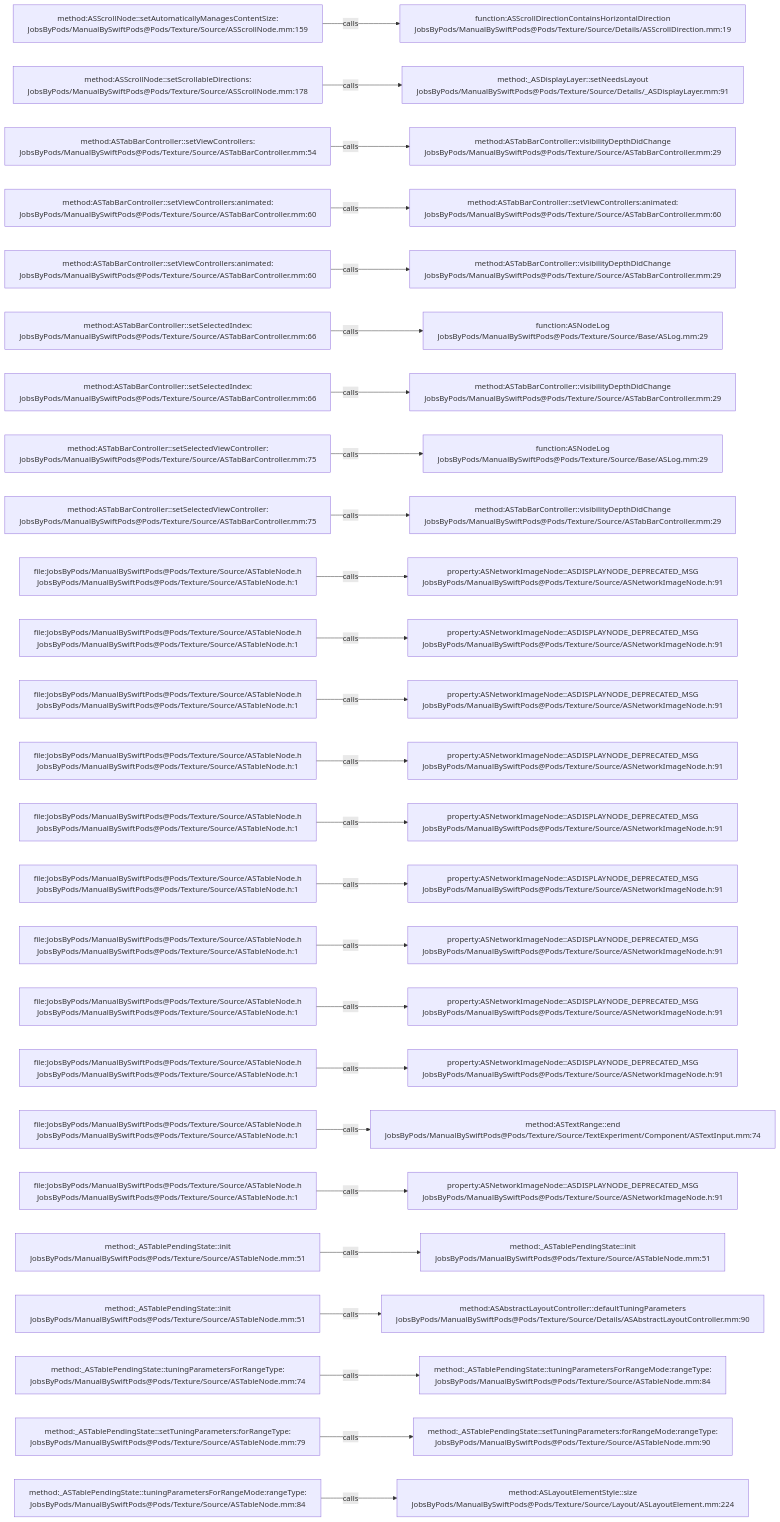
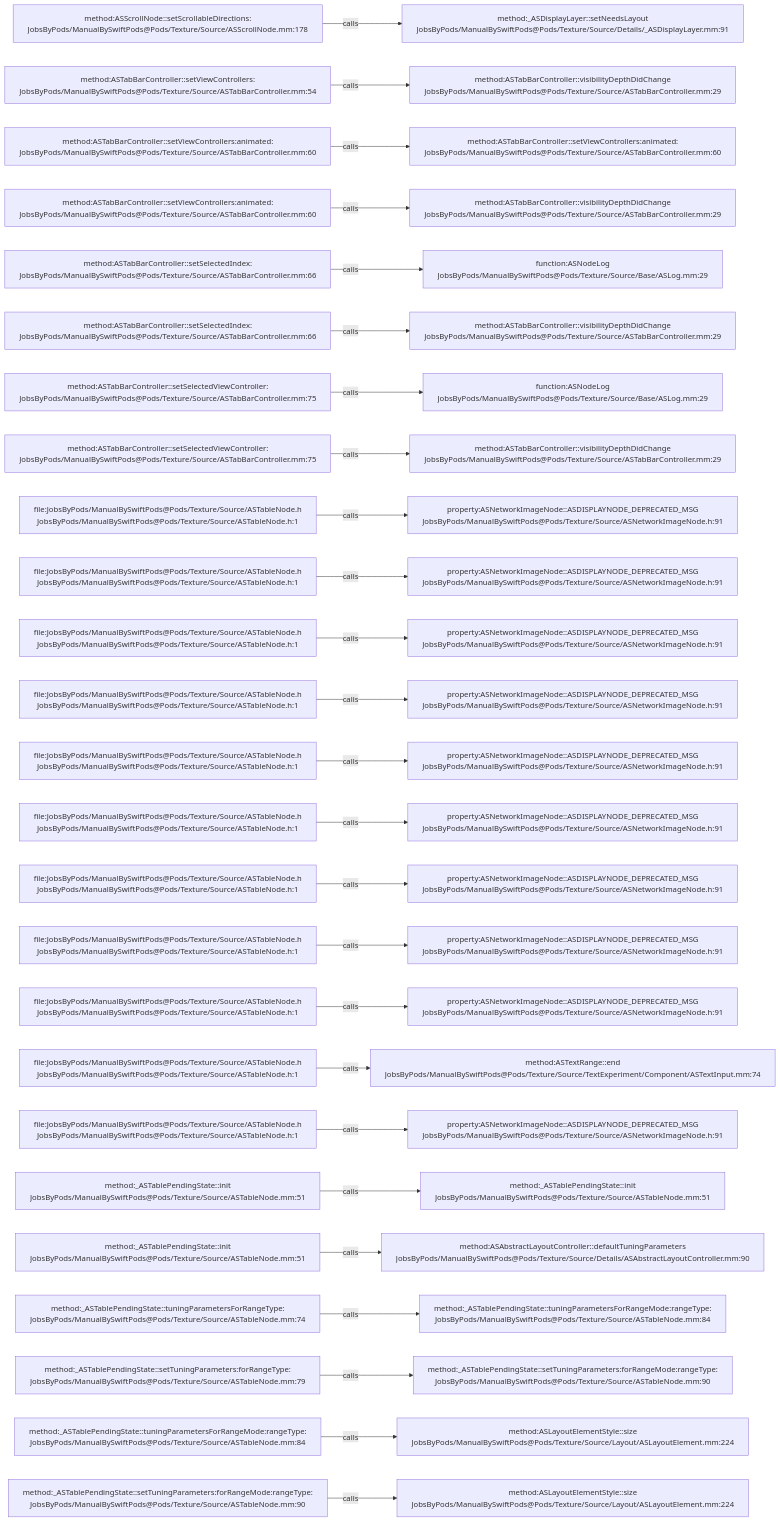
One commit to JobsKits/JobsSwiftBaseConfigDemo changed the diagram in .codegraph/codegraph.md/graphs/calls-054.md. Above: the diagram before and after it, drawn with Mermaid. The commit also changed 747 other files, not shown here.

````diff
--- a/.codegraph/codegraph.md/graphs/calls-054.md
+++ b/.codegraph/codegraph.md/graphs/calls-054.md
@@ -13,78 +13,78 @@
 ```mermaid
 flowchart LR
-  S1["method:ASScrollNode::setAutomaticallyManagesContentSize:<br/>JobsByPods/ManualBySwiftPods@Pods/Texture/Source/ASScrollNode.mm:159"]
-  T1["function:ASScrollDirectionContainsHorizontalDirection<br/>JobsByPods/ManualBySwiftPods@Pods/Texture/Source/Details/ASScrollDirection.mm:19"]
+  S1["method:ASScrollNode::setScrollableDirections:<br/>JobsByPods/ManualBySwiftPods@Pods/Texture/Source/ASScrollNode.mm:178"]
+  T1["method:_ASDisplayLayer::setNeedsLayout<br/>JobsByPods/ManualBySwiftPods@Pods/Texture/Source/Details/_ASDisplayLayer.mm:91"]
   S1 -->|calls| T1
-  S2["method:ASScrollNode::setScrollableDirections:<br/>JobsByPods/ManualBySwiftPods@Pods/Texture/Source/ASScrollNode.mm:178"]
-  T2["method:_ASDisplayLayer::setNeedsLayout<br/>JobsByPods/ManualBySwiftPods@Pods/Texture/Source/Details/_ASDisplayLayer.mm:91"]
+  S2["method:ASTabBarController::setViewControllers:<br/>JobsByPods/ManualBySwiftPods@Pods/Texture/Source/ASTabBarController.mm:54"]
+  T2["method:ASTabBarController::visibilityDepthDidChange<br/>JobsByPods/ManualBySwiftPods@Pods/Texture/Source/ASTabBarController.mm:29"]
   S2 -->|calls| T2
-  S3["method:ASTabBarController::setViewControllers:<br/>JobsByPods/ManualBySwiftPods@Pods/Texture/Source/ASTabBarController.mm:54"]
-  T3["method:ASTabBarController::visibilityDepthDidChange<br/>JobsByPods/ManualBySwiftPods@Pods/Texture/Source/ASTabBarController.mm:29"]
+  S3["method:ASTabBarController::setViewControllers:animated:<br/>JobsByPods/ManualBySwiftPods@Pods/Texture/Source/ASTabBarController.mm:60"]
+  T3["method:ASTabBarController::setViewControllers:animated:<br/>JobsByPods/ManualBySwiftPods@Pods/Texture/Source/ASTabBarController.mm:60"]
   S3 -->|calls| T3
   S4["method:ASTabBarController::setViewControllers:animated:<br/>JobsByPods/ManualBySwiftPods@Pods/Texture/Source/ASTabBarController.mm:60"]
-  T4["method:ASTabBarController::setViewControllers:animated:<br/>JobsByPods/ManualBySwiftPods@Pods/Texture/Source/ASTabBarController.mm:60"]
+  T4["method:ASTabBarController::visibilityDepthDidChange<br/>JobsByPods/ManualBySwiftPods@Pods/Texture/Source/ASTabBarController.mm:29"]
   S4 -->|calls| T4
-  S5["method:ASTabBarController::setViewControllers:animated:<br/>JobsByPods/ManualBySwiftPods@Pods/Texture/Source/ASTabBarController.mm:60"]
-  T5["method:ASTabBarController::visibilityDepthDidChange<br/>JobsByPods/ManualBySwiftPods@Pods/Texture/Source/ASTabBarController.mm:29"]
+  S5["method:ASTabBarController::setSelectedIndex:<br/>JobsByPods/ManualBySwiftPods@Pods/Texture/Source/ASTabBarController.mm:66"]
+  T5["function:ASNodeLog<br/>JobsByPods/ManualBySwiftPods@Pods/Texture/Source/Base/ASLog.mm:29"]
   S5 -->|calls| T5
   S6["method:ASTabBarController::setSelectedIndex:<br/>JobsByPods/ManualBySwiftPods@Pods/Texture/Source/ASTabBarController.mm:66"]
-  T6["function:ASNodeLog<br/>JobsByPods/ManualBySwiftPods@Pods/Texture/Source/Base/ASLog.mm:29"]
+  T6["method:ASTabBarController::visibilityDepthDidChange<br/>JobsByPods/ManualBySwiftPods@Pods/Texture/Source/ASTabBarController.mm:29"]
   S6 -->|calls| T6
-  S7["method:ASTabBarController::setSelectedIndex:<br/>JobsByPods/ManualBySwiftPods@Pods/Texture/Source/ASTabBarController.mm:66"]
-  T7["method:ASTabBarController::visibilityDepthDidChange<br/>JobsByPods/ManualBySwiftPods@Pods/Texture/Source/ASTabBarController.mm:29"]
+  S7["method:ASTabBarController::setSelectedViewController:<br/>JobsByPods/ManualBySwiftPods@Pods/Texture/Source/ASTabBarController.mm:75"]
+  T7["function:ASNodeLog<br/>JobsByPods/ManualBySwiftPods@Pods/Texture/Source/Base/ASLog.mm:29"]
   S7 -->|calls| T7
   S8["method:ASTabBarController::setSelectedViewController:<br/>JobsByPods/ManualBySwiftPods@Pods/Texture/Source/ASTabBarController.mm:75"]
-  T8["function:ASNodeLog<br/>JobsByPods/ManualBySwiftPods@Pods/Texture/Source/Base/ASLog.mm:29"]
+  T8["method:ASTabBarController::visibilityDepthDidChange<br/>JobsByPods/ManualBySwiftPods@Pods/Texture/Source/ASTabBarController.mm:29"]
   S8 -->|calls| T8
-  S9["method:ASTabBarController::setSelectedViewController:<br/>JobsByPods/ManualBySwiftPods@Pods/Texture/Source/ASTabBarController.mm:75"]
-  T9["method:ASTabBarController::visibilityDepthDidChange<br/>JobsByPods/ManualBySwiftPods@Pods/Texture/Source/ASTabBarController.mm:29"]
+  S9["file:JobsByPods/ManualBySwiftPods@Pods/Texture/Source/ASTableNode.h<br/>JobsByPods/ManualBySwiftPods@Pods/Texture/Source/ASTableNode.h:1"]
+  T9["property:ASNetworkImageNode::ASDISPLAYNODE_DEPRECATED_MSG<br/>JobsByPods/ManualBySwiftPods@Pods/Texture/Source/ASNetworkImageNode.h:91"]
   S9 -->|calls| T9
   S10["file:JobsByPods/ManualBySwiftPods@Pods/Texture/Source/ASTableNode.h<br/>JobsByPods/ManualBySwiftPods@Pods/Texture/Source/ASTableNode.h:1"]
   T10["property:ASNetworkImageNode::ASDISPLAYNODE_DEPRECATED_MSG<br/>JobsByPods/ManualBySwiftPods@Pods/Texture/Source/ASNetworkImageNode.h:91"]
   S10 -->|calls| T10
   S11["file:JobsByPods/ManualBySwiftPods@Pods/Texture/Source/ASTableNode.h<br/>JobsByPods/ManualBySwiftPods@Pods/Texture/Source/ASTableNode.h:1"]
   T11["property:ASNetworkImageNode::ASDISPLAYNODE_DEPRECATED_MSG<br/>JobsByPods/ManualBySwiftPods@Pods/Texture/Source/ASNetworkImageNode.h:91"]
   S11 -->|calls| T11
   S12["file:JobsByPods/ManualBySwiftPods@Pods/Texture/Source/ASTableNode.h<br/>JobsByPods/ManualBySwiftPods@Pods/Texture/Source/ASTableNode.h:1"]
   T12["property:ASNetworkImageNode::ASDISPLAYNODE_DEPRECATED_MSG<br/>JobsByPods/ManualBySwiftPods@Pods/Texture/Source/ASNetworkImageNode.h:91"]
   S12 -->|calls| T12
   S13["file:JobsByPods/ManualBySwiftPods@Pods/Texture/Source/ASTableNode.h<br/>JobsByPods/ManualBySwiftPods@Pods/Texture/Source/ASTableNode.h:1"]
   T13["property:ASNetworkImageNode::ASDISPLAYNODE_DEPRECATED_MSG<br/>JobsByPods/ManualBySwiftPods@Pods/Texture/Source/ASNetworkImageNode.h:91"]
   S13 -->|calls| T13
   S14["file:JobsByPods/ManualBySwiftPods@Pods/Texture/Source/ASTableNode.h<br/>JobsByPods/ManualBySwiftPods@Pods/Texture/Source/ASTableNode.h:1"]
   T14["property:ASNetworkImageNode::ASDISPLAYNODE_DEPRECATED_MSG<br/>JobsByPods/ManualBySwiftPods@Pods/Texture/Source/ASNetworkImageNode.h:91"]
   S14 -->|calls| T14
   S15["file:JobsByPods/ManualBySwiftPods@Pods/Texture/Source/ASTableNode.h<br/>JobsByPods/ManualBySwiftPods@Pods/Texture/Source/ASTableNode.h:1"]
   T15["property:ASNetworkImageNode::ASDISPLAYNODE_DEPRECATED_MSG<br/>JobsByPods/ManualBySwiftPods@Pods/Texture/Source/ASNetworkImageNode.h:91"]
   S15 -->|calls| T15
   S16["file:JobsByPods/ManualBySwiftPods@Pods/Texture/Source/ASTableNode.h<br/>JobsByPods/ManualBySwiftPods@Pods/Texture/Source/ASTableNode.h:1"]
   T16["property:ASNetworkImageNode::ASDISPLAYNODE_DEPRECATED_MSG<br/>JobsByPods/ManualBySwiftPods@Pods/Texture/Source/ASNetworkImageNode.h:91"]
   S16 -->|calls| T16
   S17["file:JobsByPods/ManualBySwiftPods@Pods/Texture/Source/ASTableNode.h<br/>JobsByPods/ManualBySwiftPods@Pods/Texture/Source/ASTableNode.h:1"]
   T17["property:ASNetworkImageNode::ASDISPLAYNODE_DEPRECATED_MSG<br/>JobsByPods/ManualBySwiftPods@Pods/Texture/Source/ASNetworkImageNode.h:91"]
   S17 -->|calls| T17
   S18["file:JobsByPods/ManualBySwiftPods@Pods/Texture/Source/ASTableNode.h<br/>JobsByPods/ManualBySwiftPods@Pods/Texture/Source/ASTableNode.h:1"]
-  T18["property:ASNetworkImageNode::ASDISPLAYNODE_DEPRECATED_MSG<br/>JobsByPods/ManualBySwiftPods@Pods/Texture/Source/ASNetworkImageNode.h:91"]
+  T18["method:ASTextRange::end<br/>JobsByPods/ManualBySwiftPods@Pods/Texture/Source/TextExperiment/Component/ASTextInput.mm:74"]
   S18 -->|calls| T18
   S19["file:JobsByPods/ManualBySwiftPods@Pods/Texture/Source/ASTableNode.h<br/>JobsByPods/ManualBySwiftPods@Pods/Texture/Source/ASTableNode.h:1"]
-  T19["method:ASTextRange::end<br/>JobsByPods/ManualBySwiftPods@Pods/Texture/Source/TextExperiment/Component/ASTextInput.mm:74"]
+  T19["property:ASNetworkImageNode::ASDISPLAYNODE_DEPRECATED_MSG<br/>JobsByPods/ManualBySwiftPods@Pods/Texture/Source/ASNetworkImageNode.h:91"]
   S19 -->|calls| T19
-  S20["file:JobsByPods/ManualBySwiftPods@Pods/Texture/Source/ASTableNode.h<br/>JobsByPods/ManualBySwiftPods@Pods/Texture/Source/ASTableNode.h:1"]
-  T20["property:ASNetworkImageNode::ASDISPLAYNODE_DEPRECATED_MSG<br/>JobsByPods/ManualBySwiftPods@Pods/Texture/Source/ASNetworkImageNode.h:91"]
+  S20["method:_ASTablePendingState::init<br/>JobsByPods/ManualBySwiftPods@Pods/Texture/Source/ASTableNode.mm:51"]
+  T20["method:_ASTablePendingState::init<br/>JobsByPods/ManualBySwiftPods@Pods/Texture/Source/ASTableNode.mm:51"]
   S20 -->|calls| T20
   S21["method:_ASTablePendingState::init<br/>JobsByPods/ManualBySwiftPods@Pods/Texture/Source/ASTableNode.mm:51"]
-  T21["method:_ASTablePendingState::init<br/>JobsByPods/ManualBySwiftPods@Pods/Texture/Source/ASTableNode.mm:51"]
+  T21["method:ASAbstractLayoutController::defaultTuningParameters<br/>JobsByPods/ManualBySwiftPods@Pods/Texture/Source/Details/ASAbstractLayoutController.mm:90"]
   S21 -->|calls| T21
-  S22["method:_ASTablePendingState::init<br/>JobsByPods/ManualBySwiftPods@Pods/Texture/Source/ASTableNode.mm:51"]
-  T22["method:ASAbstractLayoutController::defaultTuningParameters<br/>JobsByPods/ManualBySwiftPods@Pods/Texture/Source/Details/ASAbstractLayoutController.mm:90"]
+  S22["method:_ASTablePendingState::tuningParametersForRangeType:<br/>JobsByPods/ManualBySwiftPods@Pods/Texture/Source/ASTableNode.mm:74"]
+  T22["method:_ASTablePendingState::tuningParametersForRangeMode:rangeType:<br/>JobsByPods/ManualBySwiftPods@Pods/Texture/Source/ASTableNode.mm:84"]
   S22 -->|calls| T22
-  S23["method:_ASTablePendingState::tuningParametersForRangeType:<br/>JobsByPods/ManualBySwiftPods@Pods/Texture/Source/ASTableNode.mm:74"]
-  T23["method:_ASTablePendingState::tuningParametersForRangeMode:rangeType:<br/>JobsByPods/ManualBySwiftPods@Pods/Texture/Source/ASTableNode.mm:84"]
+  S23["method:_ASTablePendingState::setTuningParameters:forRangeType:<br/>JobsByPods/ManualBySwiftPods@Pods/Texture/Source/ASTableNode.mm:79"]
+  T23["method:_ASTablePendingState::setTuningParameters:forRangeMode:rangeType:<br/>JobsByPods/ManualBySwiftPods@Pods/Texture/Source/ASTableNode.mm:90"]
   S23 -->|calls| T23
-  S24["method:_ASTablePendingState::setTuningParameters:forRangeType:<br/>JobsByPods/ManualBySwiftPods@Pods/Texture/Source/ASTableNode.mm:79"]
-  T24["method:_ASTablePendingState::setTuningParameters:forRangeMode:rangeType:<br/>JobsByPods/ManualBySwiftPods@Pods/Texture/Source/ASTableNode.mm:90"]
+  S24["method:_ASTablePendingState::tuningParametersForRangeMode:rangeType:<br/>JobsByPods/ManualBySwiftPods@Pods/Texture/Source/ASTableNode.mm:84"]
+  T24["method:ASLayoutElementStyle::size<br/>JobsByPods/ManualBySwiftPods@Pods/Texture/Source/Layout/ASLayoutElement.mm:224"]
   S24 -->|calls| T24
-  S25["method:_ASTablePendingState::tuningParametersForRangeMode:rangeType:<br/>JobsByPods/ManualBySwiftPods@Pods/Texture/Source/ASTableNode.mm:84"]
+  S25["method:_ASTablePendingState::setTuningParameters:forRangeMode:rangeType:<br/>JobsByPods/ManualBySwiftPods@Pods/Texture/Source/ASTableNode.mm:90"]
   T25["method:ASLayoutElementStyle::size<br/>JobsByPods/ManualBySwiftPods@Pods/Texture/Source/Layout/ASLayoutElement.mm:224"]
   S25 -->|calls| T25
 ```
````
